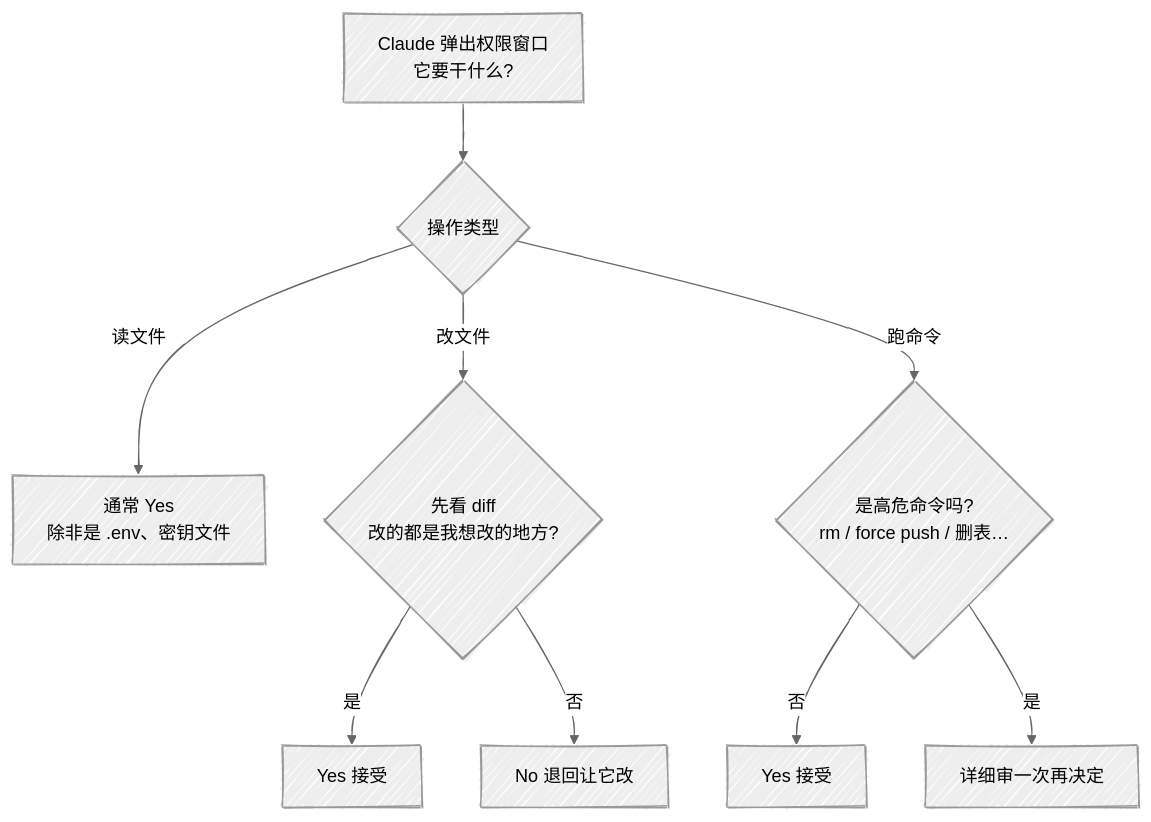
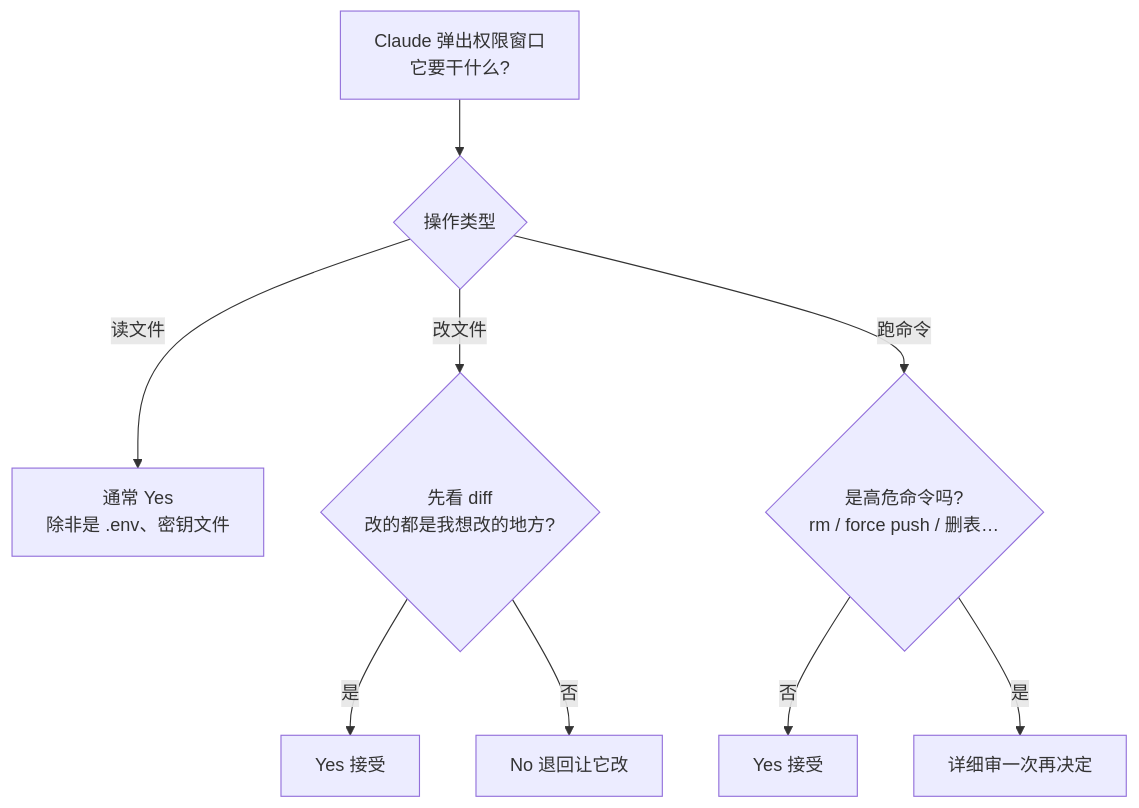
One commit to mali9527/claude-code-full-guide-for-beginners changed the first of 6 diagrams in manuscript/附录/D-决策流程图.md. Above: the diagram before and after it, drawn with Mermaid. The commit also changed other lines of this file, not shown here.

````diff
--- a/manuscript/附录/D-决策流程图.md
+++ b/manuscript/附录/D-决策流程图.md
@@ -7,12 +7,12 @@
 ```mermaid
-%%{init: {"look": "handDrawn", "theme": "neutral"}}%%
+%%{init: {"look": "handDrawn", "theme": "neutral", "themeVariables": {"fontFamily": "'Chalkboard SE','Comic Sans MS','Segoe Print','Kaiti SC','STKaiti','KaiTi','Bradley Hand',cursive", "fontSize": "15px"}}}%%
 flowchart TD
   A["Claude 弹出权限窗口<br/>它要干什么?"] --> B{"操作类型"}
   B -->|"读文件"| C["通常 Yes<br/>除非是 .env、密钥文件"]
   B -->|"改文件"| D{"先看 diff<br/>改的都是我想改的地方?"}
   B -->|"跑命令"| E{"是高危命令吗?<br/>rm / force push / 删表…"}
   D -->|"是"| F["Yes 接受"]
   D -->|"否"| G["No 退回让它改"]
   E -->|"否"| H["Yes 接受"]
   E -->|"是"| I["详细审一次再决定"]
 ```
````
